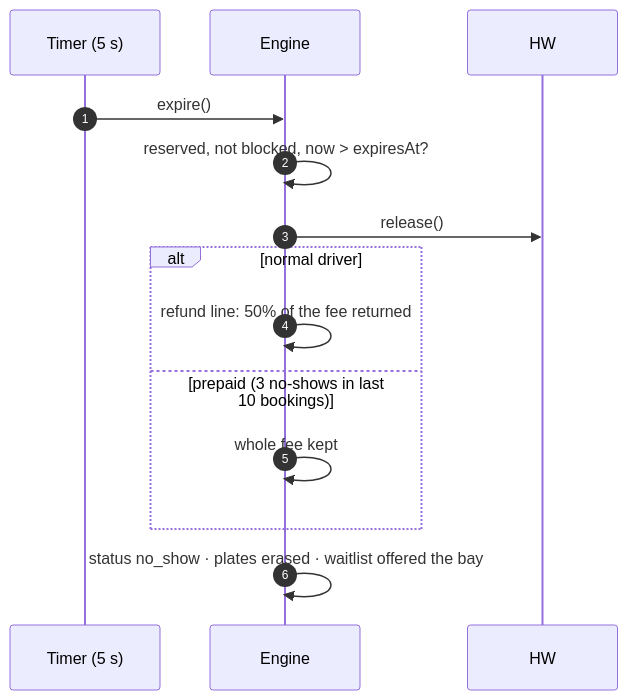
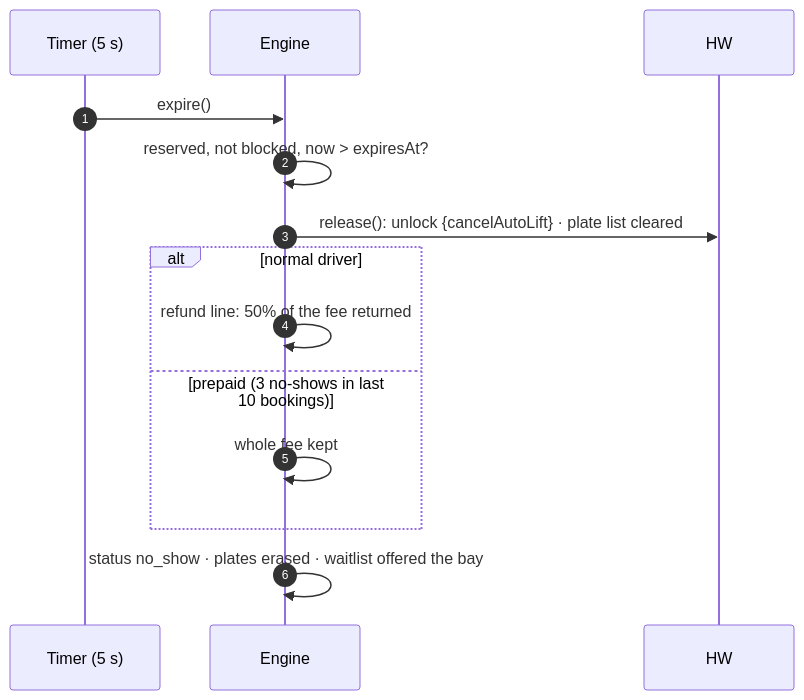
One commit to mohamedaminehamdi/BayWatch changed the fourth of 9 diagrams in docs/data-flows.md. Above: the diagram before and after it, drawn with Mermaid. The commit also changed other lines of this file and 80 other files, not shown here.

````diff
--- a/docs/data-flows.md
+++ b/docs/data-flows.md
@@ -99,16 +108,16 @@
 ```mermaid
 sequenceDiagram
   autonumber
   participant T as Timer (5 s)
   participant E as Engine
   participant HW
   T->>E: expire()
   E->>E: reserved, not blocked, now > expiresAt?
-  E->>HW: release()
+  E->>HW: release(): unlock {cancelAutoLift} · plate list cleared
   alt normal driver
     E->>E: refund line: 50% of the fee returned
   else prepaid (3 no-shows in last 10 bookings)
     E->>E: whole fee kept
   end
   E->>E: status no_show · plates erased · waitlist offered the bay
 ```
````
